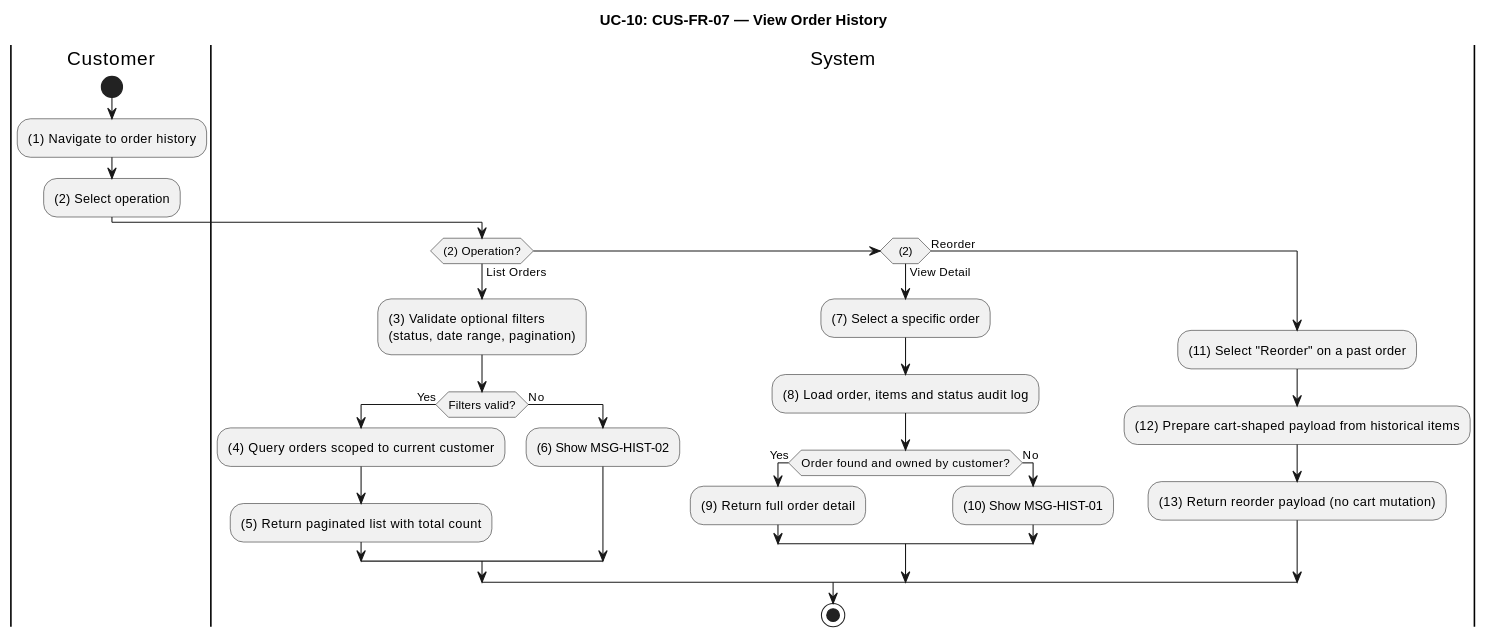
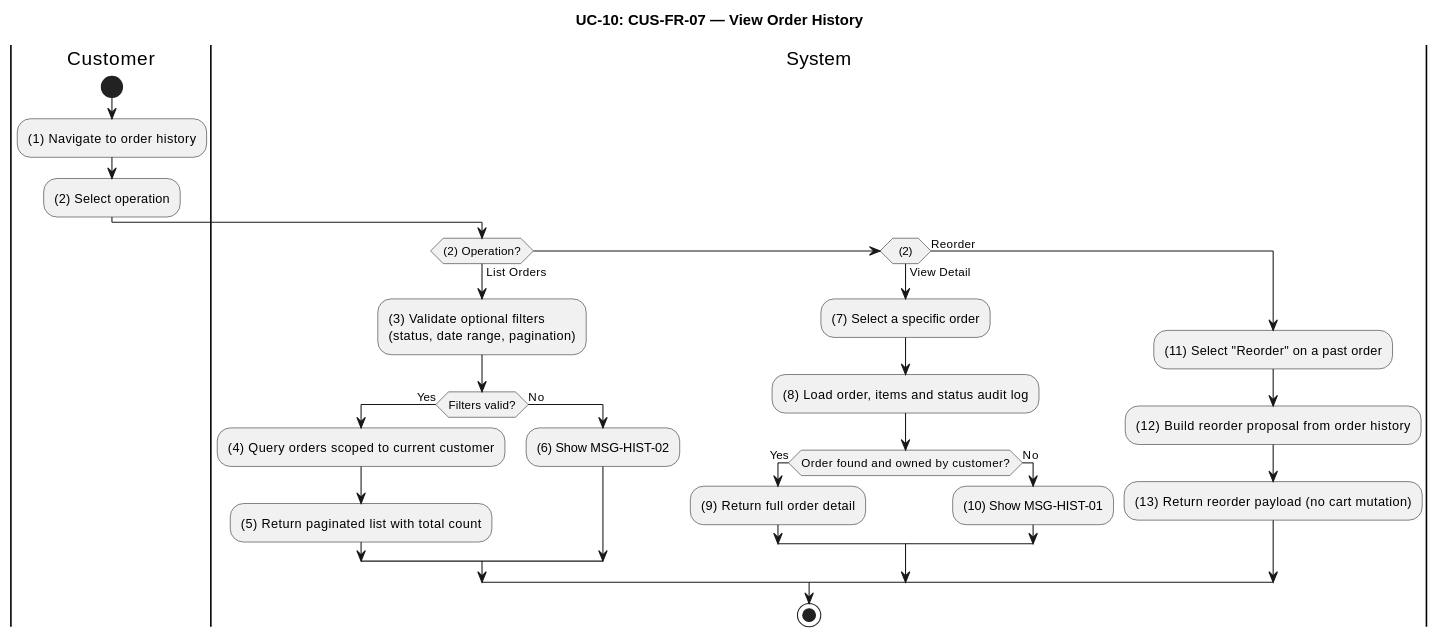
Before and after one commit to luubinhdeptrai/Food_Delivery: the tenth of 26 diagrams in apps/api/docs/Final_Documents/SRS_FoodDelivery.md, drawn with PlantUML. The commit also changed other lines of this file, not shown here.

````diff
--- a/apps/api/docs/Final_Documents/SRS_FoodDelivery.md
+++ b/apps/api/docs/Final_Documents/SRS_FoodDelivery.md
@@ -728,35 +748,35 @@
 ```plantuml
 @startuml UC10-Order-History
 title UC-10: CUS-FR-07 — View Order History
 skinparam ConditionEndStyle hline
 
 |Customer|
 start
 :(1) Navigate to order history;
 :(2) Select operation;
 
 |System|
 if ((2) Operation?) then (List Orders)
   :(3) Validate optional filters\n(status, date range, pagination);
   if (Filters valid?) then (Yes)
     :(4) Query orders scoped to current customer;
     :(5) Return paginated list with total count;
   else (No)
     :(6) Show MSG-HIST-02;
   endif
 elseif ((2)) then (View Detail)
   :(7) Select a specific order;
   :(8) Load order, items and status audit log;
   if (Order found and owned by customer?) then (Yes)
     :(9) Return full order detail;
   else (No)
     :(10) Show MSG-HIST-01;
   endif
 else (Reorder)
   :(11) Select "Reorder" on a past order;
-  :(12) Prepare cart-shaped payload from historical items;
+  :(12) Build reorder proposal from order history;
   :(13) Return reorder payload (no cart mutation);
 endif
 stop
 @enduml
 ```
````
